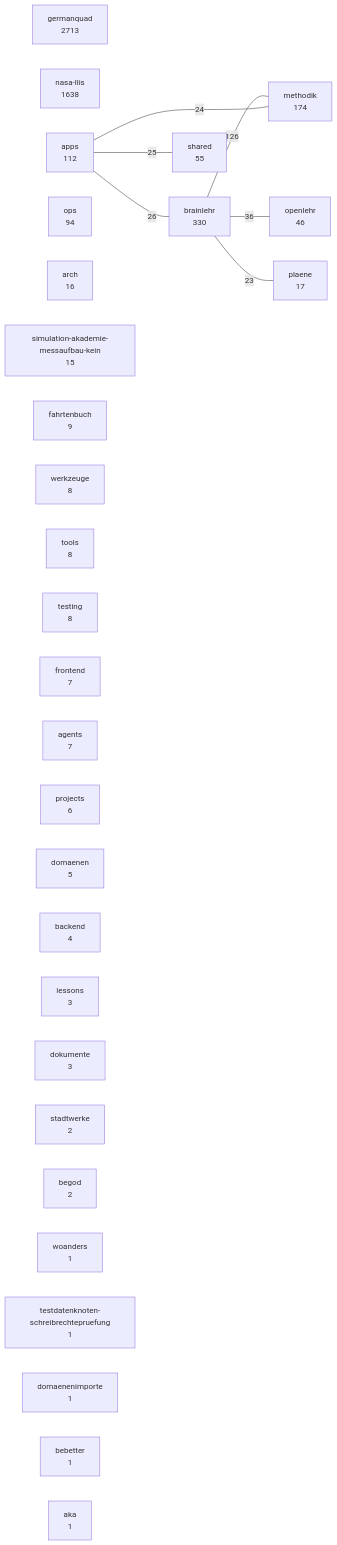
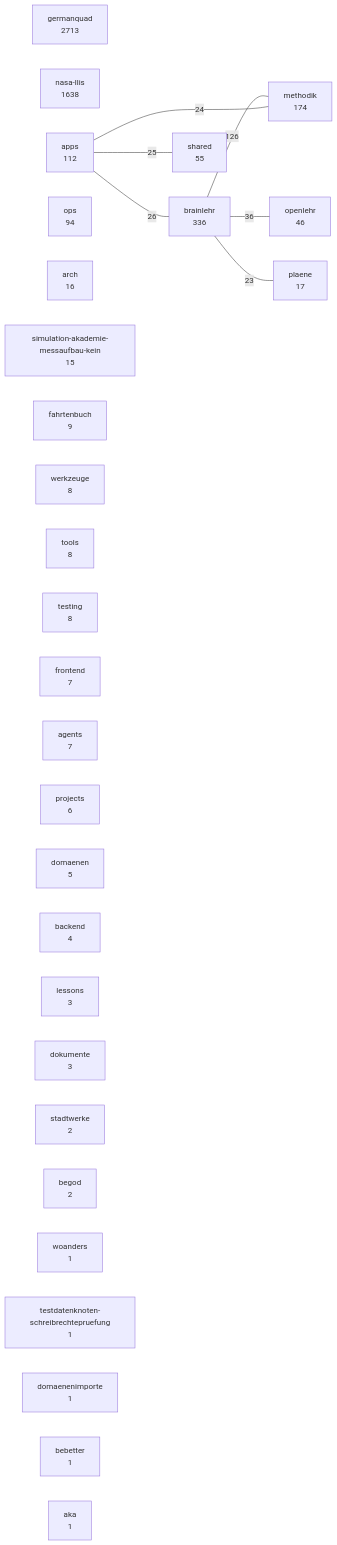
The diagram in docs/karten/bestand.md (3lehr/brainlehr), drawn with Mermaid before and after one commit. The commit also changed 5 other files, not shown here.

````diff
--- a/docs/karten/bestand.md
+++ b/docs/karten/bestand.md
@@ -5,38 +5,38 @@
 ```mermaid
 graph LR
   germanquad["germanquad<br/>2713"]
   nasa_llis["nasa-llis<br/>1638"]
-  brainlehr["brainlehr<br/>330"]
+  brainlehr["brainlehr<br/>336"]
   methodik["methodik<br/>174"]
   apps["apps<br/>112"]
   ops["ops<br/>94"]
   shared["shared<br/>55"]
   openlehr["openlehr<br/>46"]
   plaene["plaene<br/>17"]
   arch["arch<br/>16"]
   simulation_akademie_messaufbau_kein["simulation-akademie-messaufbau-kein<br/>15"]
   fahrtenbuch["fahrtenbuch<br/>9"]
   werkzeuge["werkzeuge<br/>8"]
   tools["tools<br/>8"]
   testing["testing<br/>8"]
   frontend["frontend<br/>7"]
   agents["agents<br/>7"]
   projects["projects<br/>6"]
   domaenen["domaenen<br/>5"]
   backend["backend<br/>4"]
   lessons["lessons<br/>3"]
   dokumente["dokumente<br/>3"]
   stadtwerke["stadtwerke<br/>2"]
   begod["begod<br/>2"]
   woanders["woanders<br/>1"]
   testdatenknoten_schreibrechtepruefung["testdatenknoten-schreibrechtepruefung<br/>1"]
   domaenenimporte["domaenenimporte<br/>1"]
   bebetter["bebetter<br/>1"]
   aka["aka<br/>1"]
   brainlehr ---|126| methodik
   brainlehr ---|36| openlehr
   apps ---|26| brainlehr
   apps ---|25| shared
   apps ---|24| methodik
   brainlehr ---|23| plaene
 ```
````
